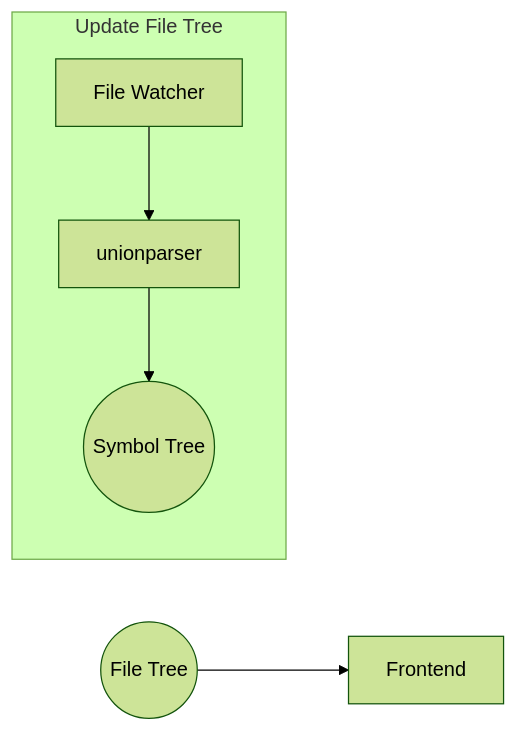
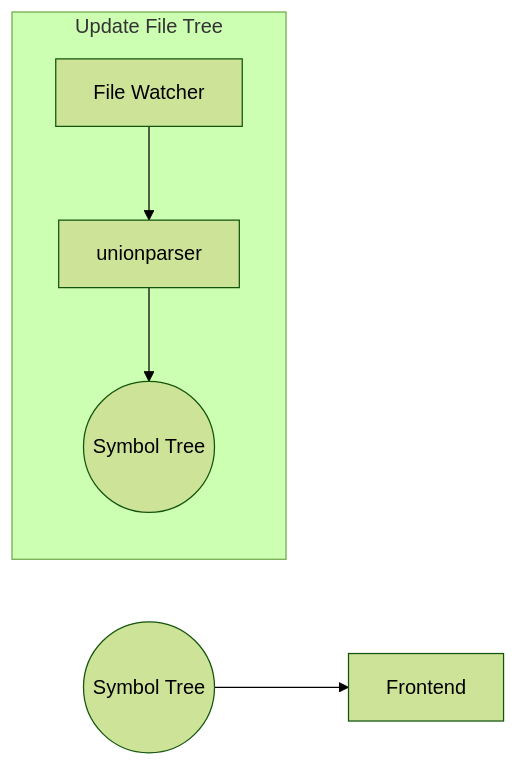
Before and after one commit to FunningC0217/UnionParser: the third of 5 diagrams in README.md, drawn with Mermaid (forest theme).

````diff
--- a/README.md
+++ b/README.md
@@ -31,7 +31,7 @@
 ```mermaid
 graph LR;
 subgraph Update File Tree
 FW[File Watcher]-->UP[unionparser]-->S((Symbol Tree))
 end
-T((File Tree))-->A[Frontend]
+T((Symbol Tree))-->A[Frontend]
 ```
````
